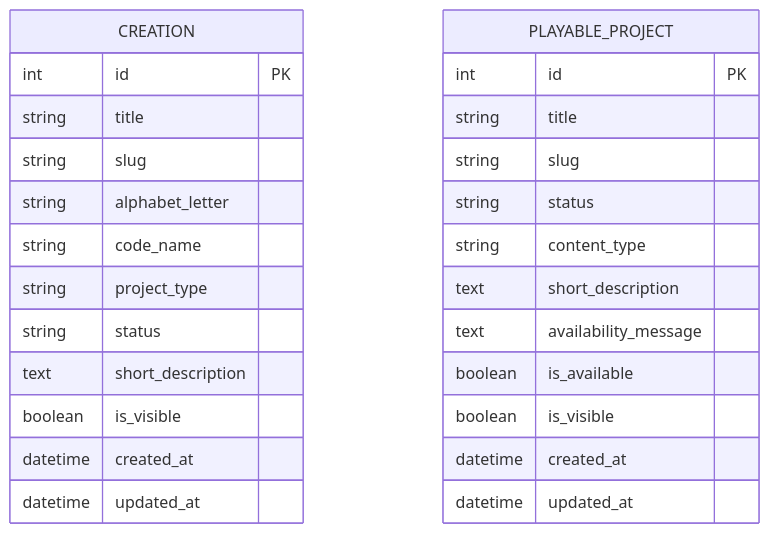
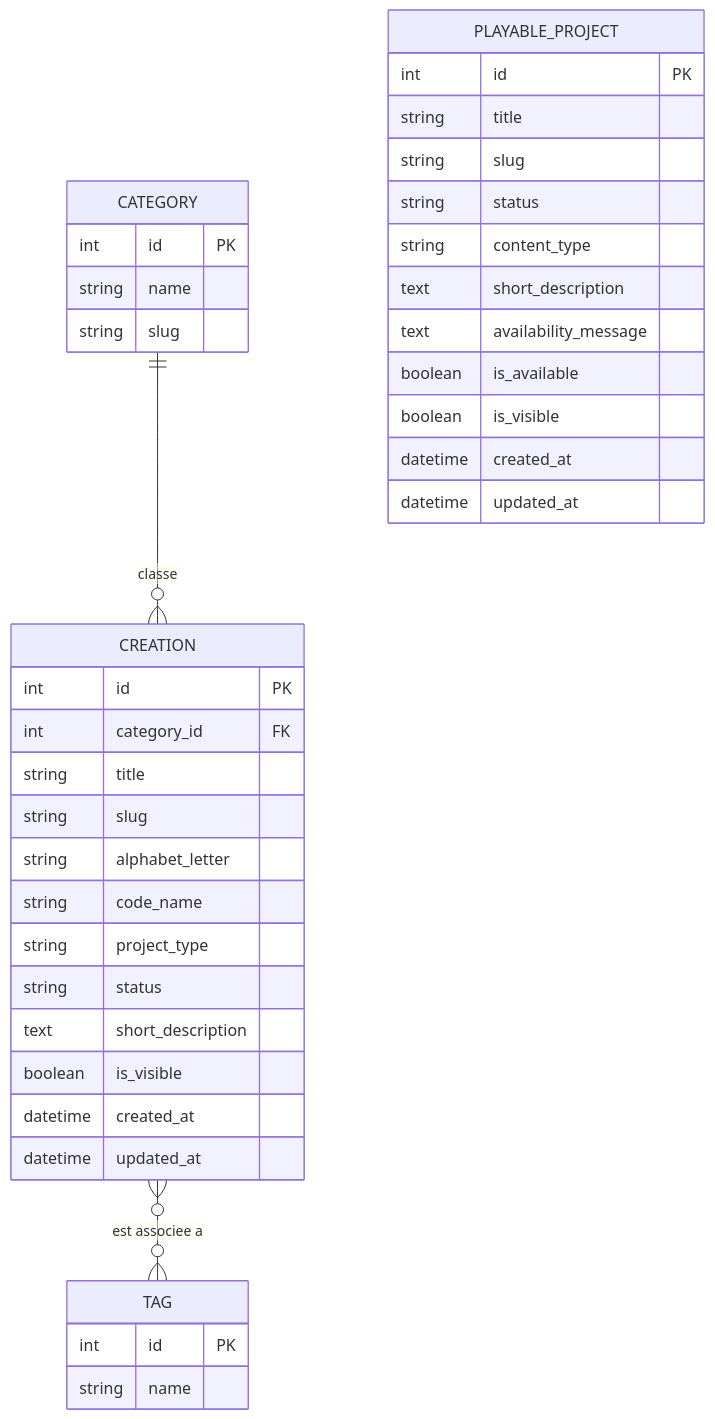
The first of 2 diagrams in docs/conception/mcd.md (Zero1366/frostia-games), drawn with Mermaid before and after one commit. The commit also changed other lines of this file and 4 other files, not shown here.

````diff
--- a/docs/conception/mcd.md
+++ b/docs/conception/mcd.md
@@ -169,30 +195,45 @@
 ```mermaid
 erDiagram
+    CATEGORY ||--o{ CREATION : classe
+    CREATION }o--o{ TAG : "est associee a"
+
+    CATEGORY {
+        int id PK
+        string name
+        string slug
+    }
+
+    TAG {
+        int id PK
+        string name
+    }
+
     CREATION {
         int id PK
+        int category_id FK
         string title
         string slug
         string alphabet_letter
         string code_name
         string project_type
         string status
         text short_description
         boolean is_visible
         datetime created_at
         datetime updated_at
     }
 
     PLAYABLE_PROJECT {
         int id PK
         string title
         string slug
         string status
         string content_type
         text short_description
         text availability_message
         boolean is_available
         boolean is_visible
         datetime created_at
         datetime updated_at
     }
 ```
````
